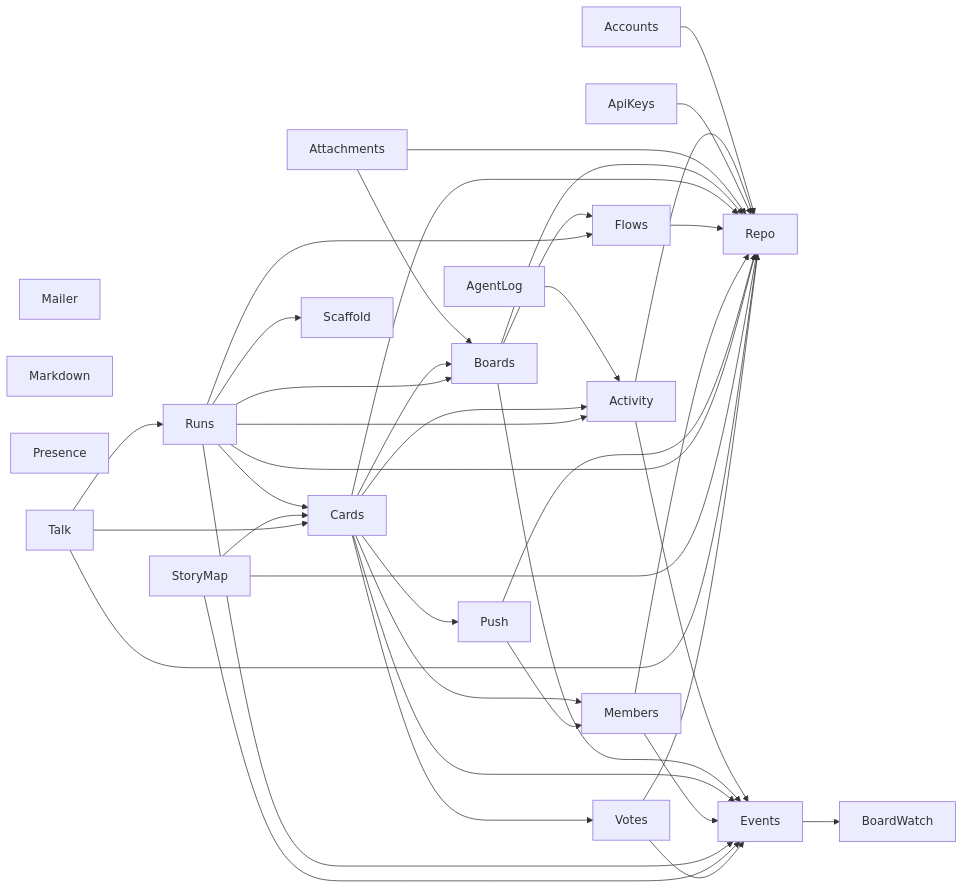
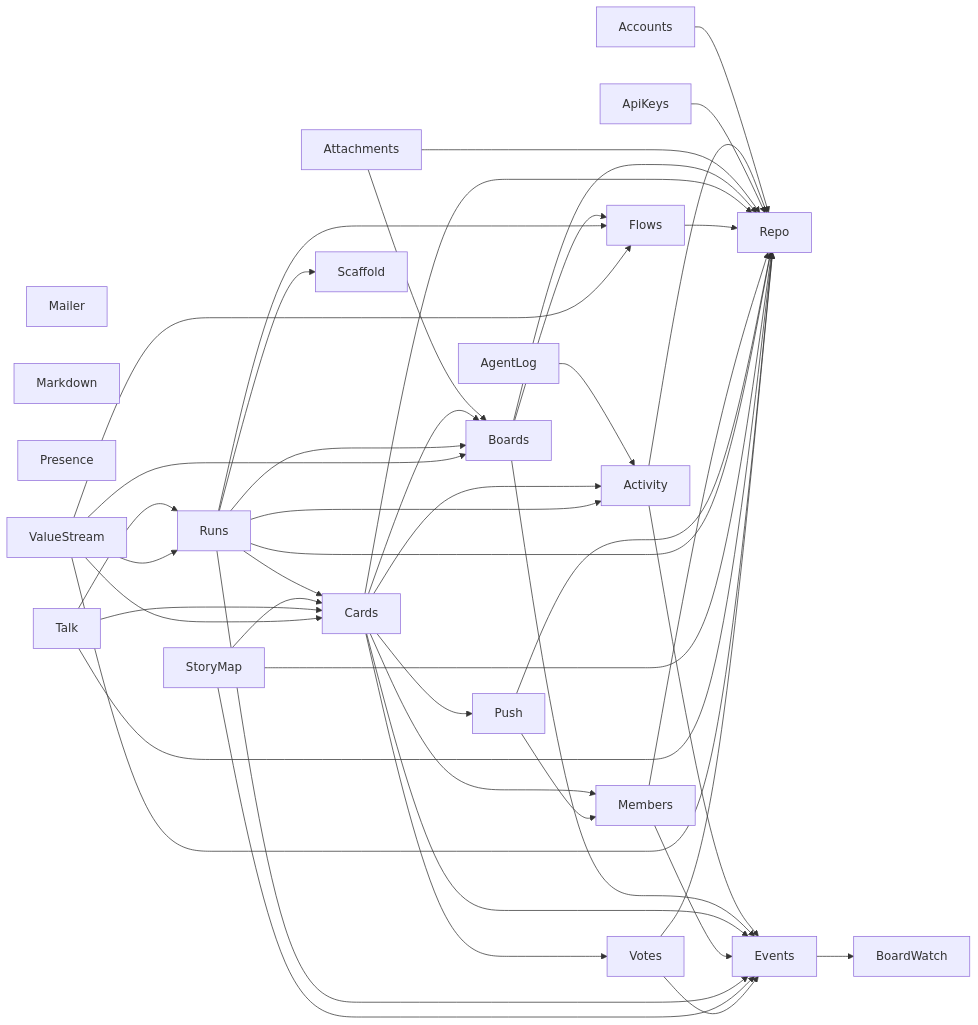
The second of 2 diagrams in docs/architecture/deps.md (jeremylightsmith/relay), drawn with Mermaid before and after one commit. The commit also changed 18 other files, not shown here.

First line of the commit message:
re 146 value stream card span derivation relay  (#261)

````diff
--- a/docs/architecture/deps.md
+++ b/docs/architecture/deps.md
@@ -29,44 +29,49 @@
 ```mermaid
 flowchart LR
     Mailer
     Markdown
     Presence
     Accounts --> Repo
     Activity --> Events
     Activity --> Repo
     AgentLog --> Activity
     ApiKeys --> Repo
     Attachments --> Boards
     Attachments --> Repo
     Boards --> Events
     Boards --> Flows
     Boards --> Repo
     Cards --> Activity
     Cards --> Boards
     Cards --> Events
     Cards --> Members
     Cards --> Push
     Cards --> Repo
     Cards --> Votes
     Events --> BoardWatch
     Flows --> Repo
     Members --> Events
     Members --> Repo
     Push --> Members
     Push --> Repo
     Runs --> Activity
     Runs --> Boards
     Runs --> Cards
     Runs --> Events
     Runs --> Flows
     Runs --> Repo
     Runs --> Scaffold
     StoryMap --> Cards
     StoryMap --> Events
     StoryMap --> Repo
     Talk --> Cards
     Talk --> Repo
     Talk --> Runs
+    ValueStream --> Boards
+    ValueStream --> Cards
+    ValueStream --> Flows
+    ValueStream --> Repo
+    ValueStream --> Runs
     Votes --> Events
     Votes --> Repo
 ```
````
